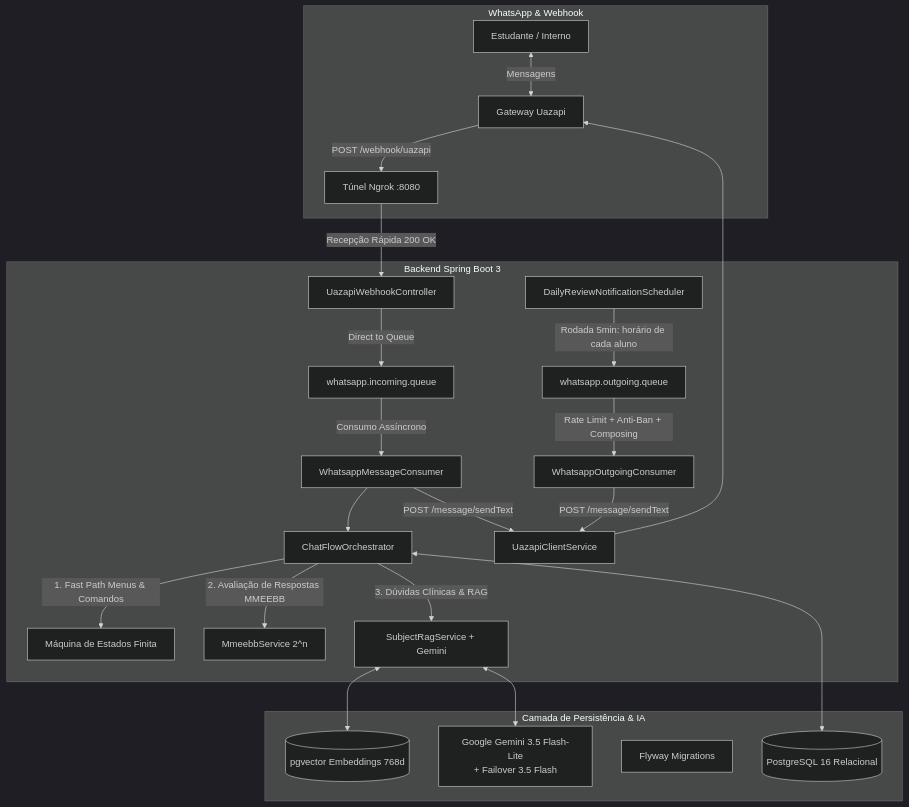
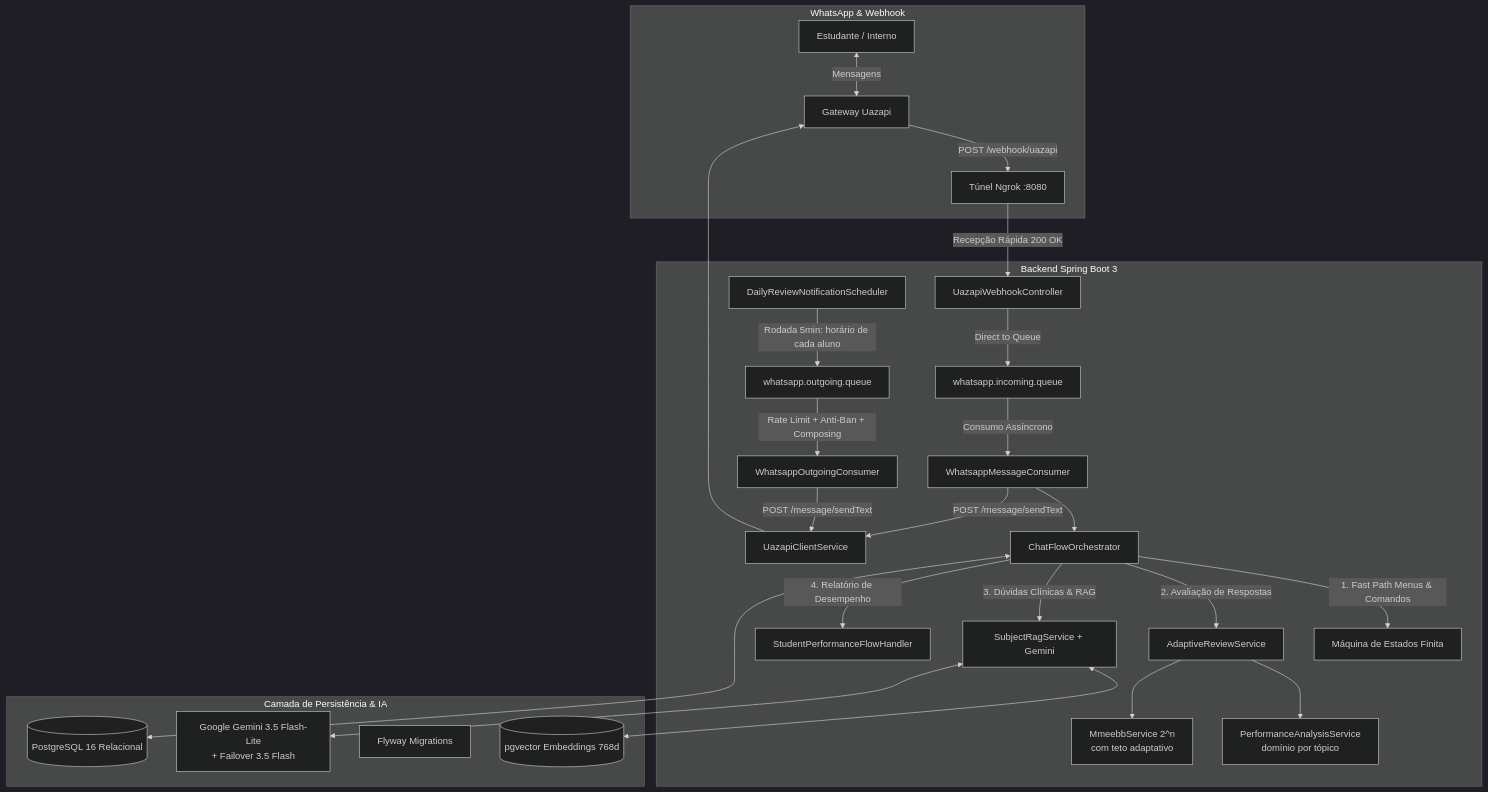
Before and after one commit to NickolasTav/mmeebb-chatbot: the fourth of 5 diagrams in README.md, drawn with Mermaid (dark theme). The commit also changed other lines of this file and 1 other file, not shown here.

First line of the commit message:
docs(adaptive): documenta a personalizacao adaptativa no readme

````diff
--- a/README.md
+++ b/README.md
@@ -104,37 +166,40 @@
 ```mermaid
 flowchart TB
     subgraph WhatsApp_Gateway [WhatsApp & Webhook]
         ALUNO[Estudante / Interno] <-->|Mensagens| UAZ[Gateway Uazapi]
         UAZ -->|POST /webhook/uazapi| NGROK[Túnel Ngrok :8080]
     end
 
     subgraph Spring_Backend [Backend Spring Boot 3]
         NGROK -->|Recepção Rápida 200 OK| CTRL[UazapiWebhookController]
         CTRL -->|Direct to Queue| Q_IN[whatsapp.incoming.queue]
         
         Q_IN -->|Consumo Assíncrono| CONS[WhatsappMessageConsumer]
         CONS --> ORCH[ChatFlowOrchestrator]
         
         ORCH -->|1. Fast Path Menus & Comandos| FSM[Máquina de Estados Finita]
-        ORCH -->|2. Avaliação de Respostas MMEEBB| MMEEBB[MmeebbService 2^n]
+        ORCH -->|2. Avaliação de Respostas| ADAPT[AdaptiveReviewService]
+        ADAPT --> ANALYSIS[PerformanceAnalysisService<br/>domínio por tópico]
+        ADAPT --> MMEEBB[MmeebbService 2^n<br/>com teto adaptativo]
         ORCH -->|3. Dúvidas Clínicas & RAG| RAG[SubjectRagService + Gemini]
+        ORCH -->|4. Relatório de Desempenho| PERF[StudentPerformanceFlowHandler]
         
         SCHED[DailyReviewNotificationScheduler] -->|Rodada 5min: horário de cada aluno| Q_OUT[whatsapp.outgoing.queue]
         Q_OUT -->|Rate Limit + Anti-Ban + Composing| OUT_CONS[WhatsappOutgoingConsumer]
         
         OUT_CONS -->|POST /message/sendText| REST_CLI[UazapiClientService]
         CONS -->|POST /message/sendText| REST_CLI
         REST_CLI --> UAZ
     end
 
     subgraph Persistence_Layer [Camada de Persistência & IA]
         PG[(PostgreSQL 16 Relacional)]
         VEC[(pgvector Embeddings 768d)]
         FLY[Flyway Migrations]
         GEMINI[Google Gemini 3.5 Flash-Lite<br/>+ Failover 3.5 Flash]
     end
 
     ORCH <--> PG
     RAG <--> VEC
     RAG <--> GEMINI
 ```
````
